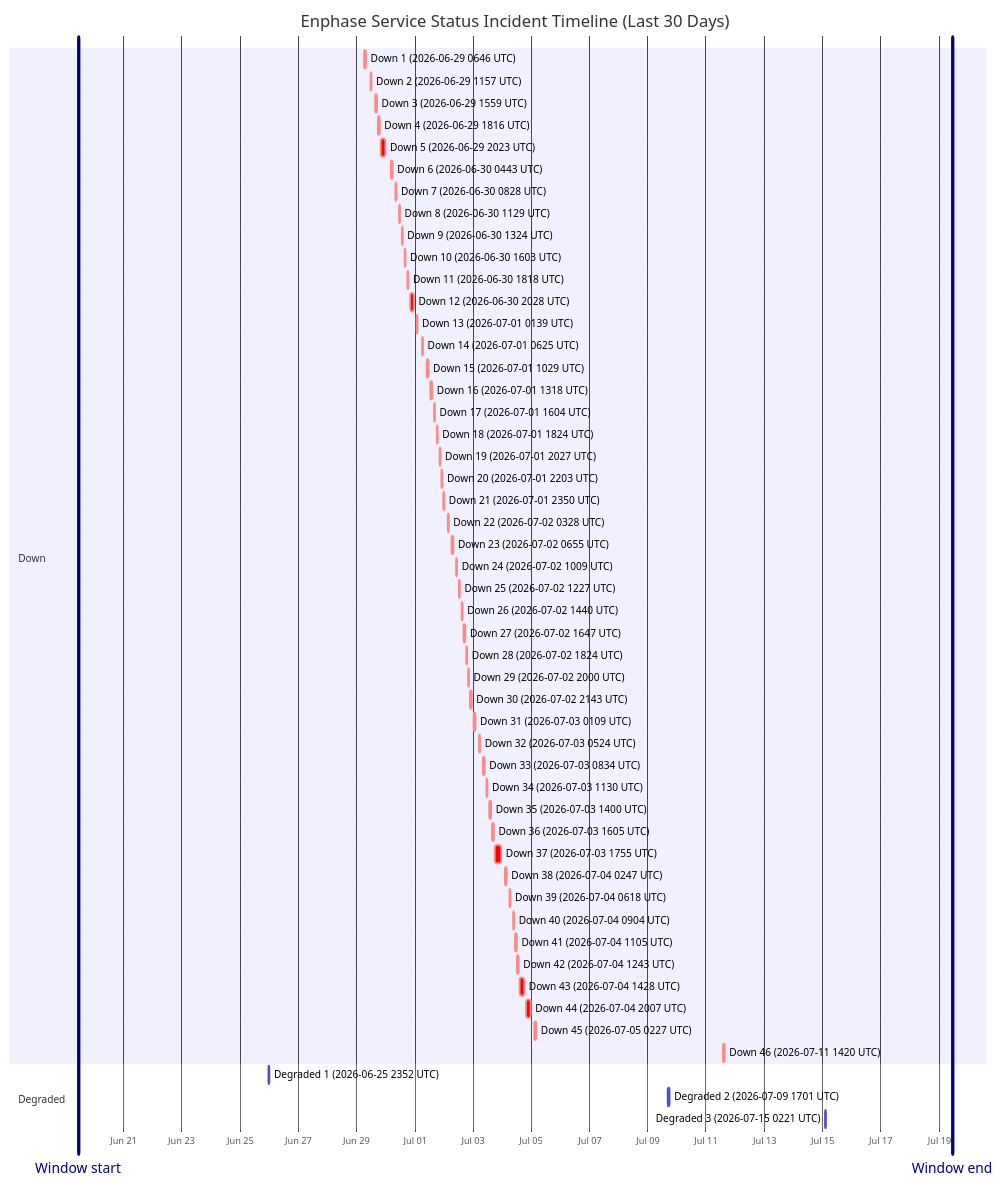
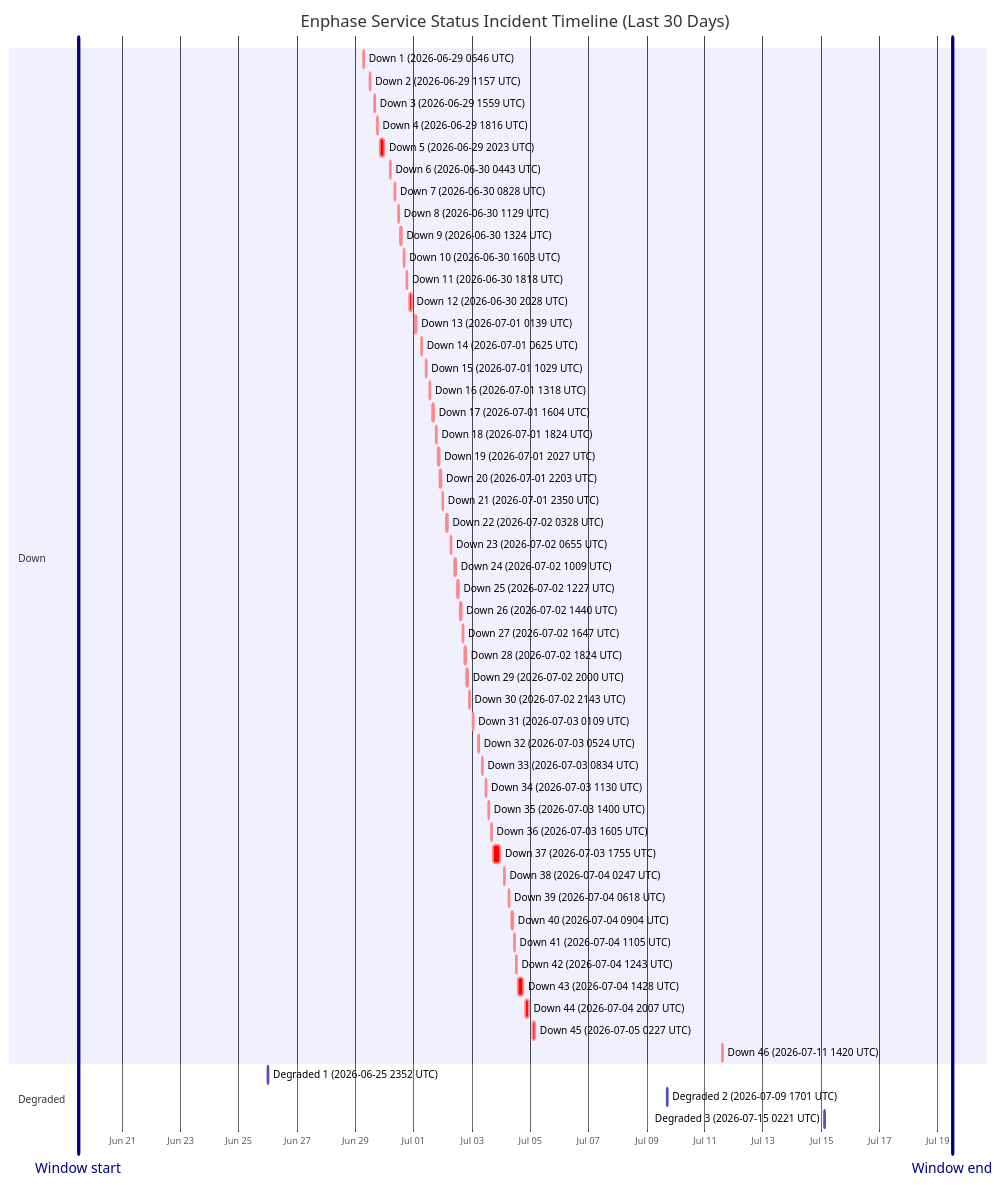
Before and after one commit to barneyonline/ha-enphase-energy: the diagram in wiki/Service-Status-History.md, drawn with Mermaid. The commit also changed other lines of this file and 3 other files, not shown here.

````diff
--- a/wiki/Service-Status-History.md
+++ b/wiki/Service-Status-History.md
@@ -14,59 +14,59 @@
 ```mermaid
 gantt
     title Enphase Service Status Incident Timeline (Last 30 Days)
     dateFormat  YYYY-MM-DDTHH:mm:ss
     axisFormat  %b %d
-    Window start :vert, window-start, 2026-06-19T10:53:02, 0ms
-    Window end :vert, window-end, 2026-07-19T10:53:02, 0ms
+    Window start :vert, window-start, 2026-06-19T11:56:37, 0ms
+    Window end :vert, window-end, 2026-07-19T11:56:37, 0ms
     section Down
     Down 1 (2026-06-29 0646 UTC) :crit, down-1, 2026-06-29T06:46:18, 60m
     Down 2 (2026-06-29 1157 UTC) :crit, down-2, 2026-06-29T11:57:36, 60m
     Down 3 (2026-06-29 1559 UTC) :crit, down-3, 2026-06-29T15:59:02, 60m
     Down 4 (2026-06-29 1816 UTC) :crit, down-4, 2026-06-29T18:16:38, 60m
     Down 5 (2026-06-29 2023 UTC) :crit, down-5, 2026-06-29T20:23:16, 220m
     Down 6 (2026-06-30 0443 UTC) :crit, down-6, 2026-06-30T04:43:54, 60m
     Down 7 (2026-06-30 0828 UTC) :crit, down-7, 2026-06-30T08:28:43, 60m
     Down 8 (2026-06-30 1129 UTC) :crit, down-8, 2026-06-30T11:29:15, 60m
     Down 9 (2026-06-30 1324 UTC) :crit, down-9, 2026-06-30T13:24:25, 60m
     Down 10 (2026-06-30 1603 UTC) :crit, down-10, 2026-06-30T16:03:26, 60m
     Down 11 (2026-06-30 1818 UTC) :crit, down-11, 2026-06-30T18:18:39, 60m
     Down 12 (2026-06-30 2028 UTC) :crit, down-12, 2026-06-30T20:28:54, 171m
     Down 13 (2026-07-01 0139 UTC) :crit, down-13, 2026-07-01T01:39:18, 60m
     Down 14 (2026-07-01 0625 UTC) :crit, down-14, 2026-07-01T06:25:35, 60m
     Down 15 (2026-07-01 1029 UTC) :crit, down-15, 2026-07-01T10:29:24, 60m
     Down 16 (2026-07-01 1318 UTC) :crit, down-16, 2026-07-01T13:18:31, 60m
     Down 17 (2026-07-01 1604 UTC) :crit, down-17, 2026-07-01T16:04:29, 60m
     Down 18 (2026-07-01 1824 UTC) :crit, down-18, 2026-07-01T18:24:21, 60m
     Down 19 (2026-07-01 2027 UTC) :crit, down-19, 2026-07-01T20:27:17, 60m
     Down 20 (2026-07-01 2203 UTC) :crit, down-20, 2026-07-01T22:03:46, 60m
     Down 21 (2026-07-01 2350 UTC) :crit, down-21, 2026-07-01T23:50:52, 60m
     Down 22 (2026-07-02 0328 UTC) :crit, down-22, 2026-07-02T03:28:33, 60m
     Down 23 (2026-07-02 0655 UTC) :crit, down-23, 2026-07-02T06:55:07, 60m
     Down 24 (2026-07-02 1009 UTC) :crit, down-24, 2026-07-02T10:09:15, 60m
     Down 25 (2026-07-02 1227 UTC) :crit, down-25, 2026-07-02T12:27:49, 60m
     Down 26 (2026-07-02 1440 UTC) :crit, down-26, 2026-07-02T14:40:53, 60m
     Down 27 (2026-07-02 1647 UTC) :crit, down-27, 2026-07-02T16:47:47, 60m
     Down 28 (2026-07-02 1824 UTC) :crit, down-28, 2026-07-02T18:24:26, 60m
     Down 29 (2026-07-02 2000 UTC) :crit, down-29, 2026-07-02T20:00:57, 60m
     Down 30 (2026-07-02 2143 UTC) :crit, down-30, 2026-07-02T21:43:52, 80m
     Down 31 (2026-07-03 0109 UTC) :crit, down-31, 2026-07-03T01:09:19, 60m
     Down 32 (2026-07-03 0524 UTC) :crit, down-32, 2026-07-03T05:24:23, 60m
     Down 33 (2026-07-03 0834 UTC) :crit, down-33, 2026-07-03T08:34:05, 60m
     Down 34 (2026-07-03 1130 UTC) :crit, down-34, 2026-07-03T11:30:41, 60m
     Down 35 (2026-07-03 1400 UTC) :crit, down-35, 2026-07-03T14:00:48, 60m
     Down 36 (2026-07-03 1605 UTC) :crit, down-36, 2026-07-03T16:05:49, 60m
     Down 37 (2026-07-03 1755 UTC) :crit, down-37, 2026-07-03T17:55:54, 338m
     Down 38 (2026-07-04 0247 UTC) :crit, down-38, 2026-07-04T02:47:22, 60m
     Down 39 (2026-07-04 0618 UTC) :crit, down-39, 2026-07-04T06:18:09, 60m
     Down 40 (2026-07-04 0904 UTC) :crit, down-40, 2026-07-04T09:04:41, 60m
     Down 41 (2026-07-04 1105 UTC) :crit, down-41, 2026-07-04T11:05:21, 60m
     Down 42 (2026-07-04 1243 UTC) :crit, down-42, 2026-07-04T12:43:25, 60m
     Down 43 (2026-07-04 1428 UTC) :crit, down-43, 2026-07-04T14:28:07, 243m
     Down 44 (2026-07-04 2007 UTC) :crit, down-44, 2026-07-04T20:07:50, 206m
     Down 45 (2026-07-05 0227 UTC) :crit, down-45, 2026-07-05T02:27:32, 109m
     Down 46 (2026-07-11 1420 UTC) :crit, down-46, 2026-07-11T14:20:54, 69m
     section Degraded
     Degraded 1 (2026-06-25 2352 UTC) :active, degraded-1, 2026-06-25T23:52:01, 60m
     Degraded 2 (2026-07-09 1701 UTC) :active, degraded-2, 2026-07-09T17:01:02, 60m
     Degraded 3 (2026-07-15 0221 UTC) :active, degraded-3, 2026-07-15T02:21:35, 60m
 ```
````
